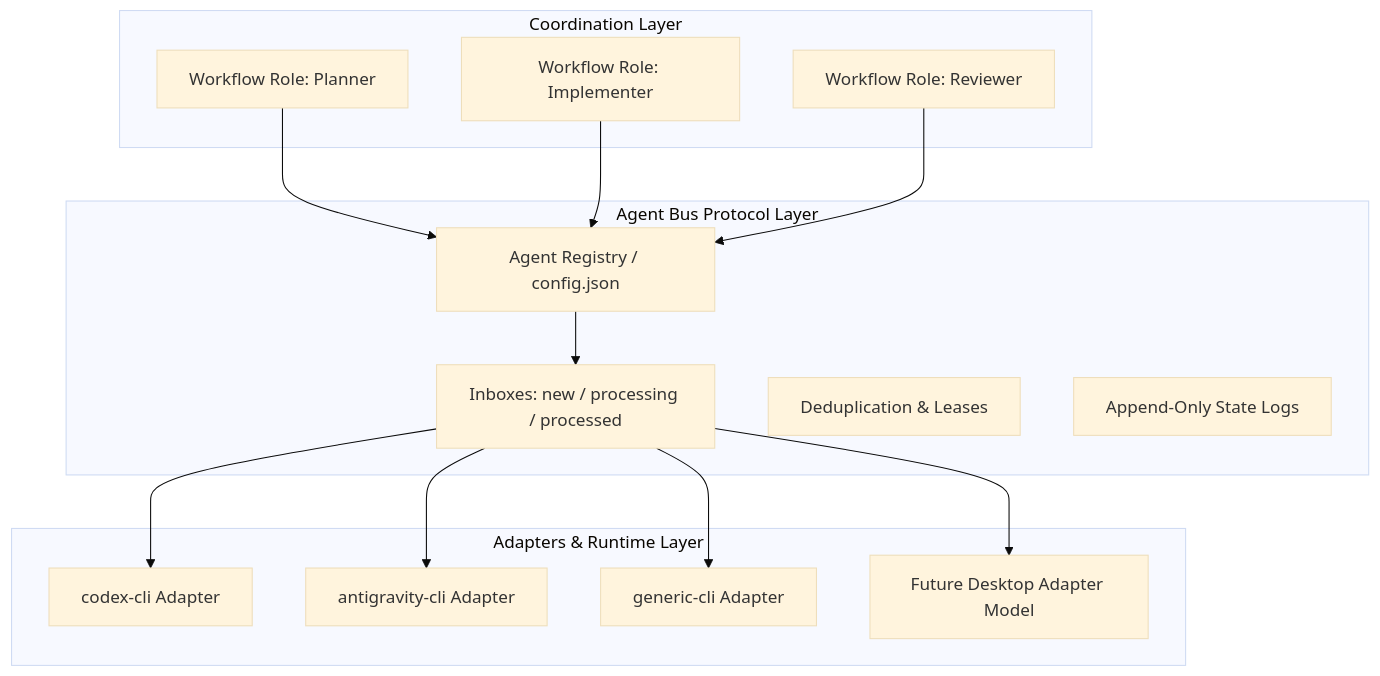
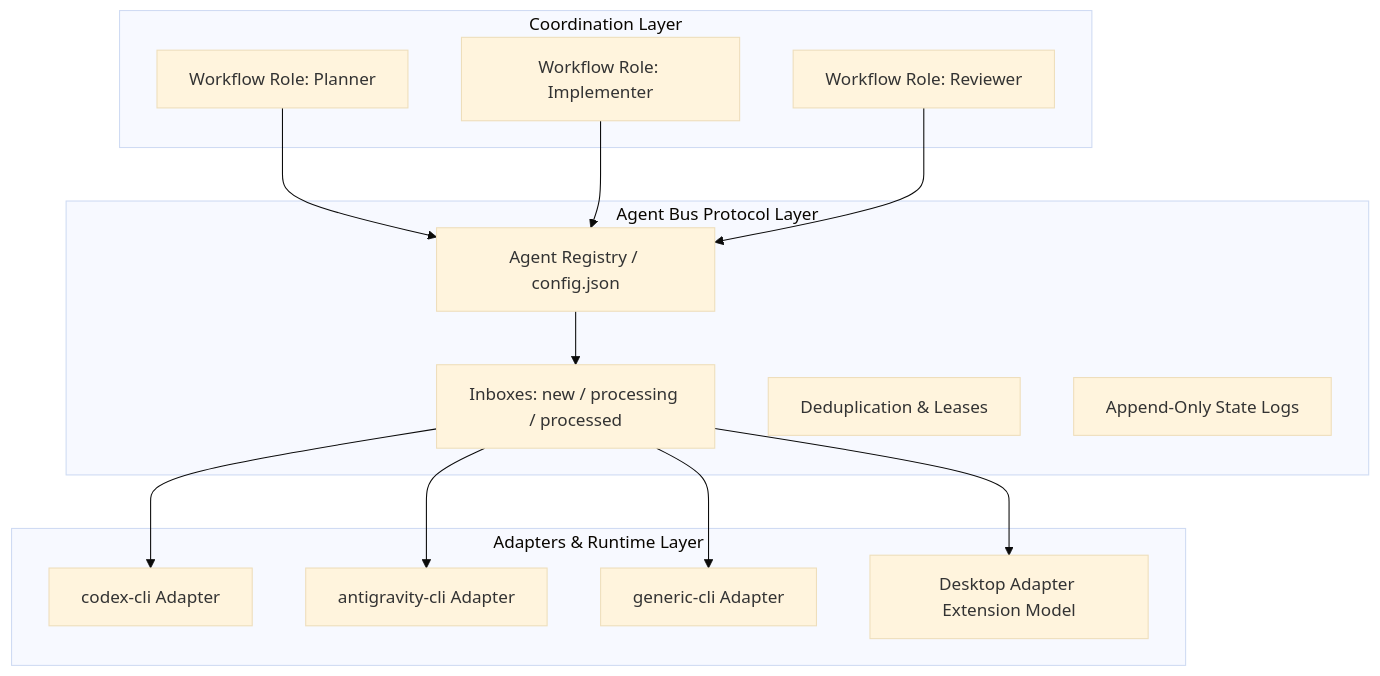
Before and after one commit to hogancv/coordinate-agents: the diagram in references/protocol.md, drawn with Mermaid (base theme). The commit also changed other lines of this file and 11 other files, not shown here.

````diff
--- a/references/protocol.md
+++ b/references/protocol.md
@@ -5,28 +5,28 @@
 ```mermaid
 graph TD
     subgraph Coordination Layer
         P[Workflow Role: Planner]
         I[Workflow Role: Implementer]
         R[Workflow Role: Reviewer]
     end
     subgraph Agent Bus Protocol Layer
         REG[Agent Registry / config.json]
         Q[Inboxes: new / processing / processed]
         DEDUPE[Deduplication & Leases]
         STATE[Append-Only State Logs]
     end
     subgraph Adapters & Runtime Layer
         A1[codex-cli Adapter]
         A2[antigravity-cli Adapter]
         A3[generic-cli Adapter]
-        A4[Future Desktop Adapter Model]
+        A4[Desktop Adapter Extension Model]
     end
     P --> REG
     I --> REG
     R --> REG
     REG --> Q
     Q --> A1
     Q --> A2
     Q --> A3
     Q --> A4
 ```
````
